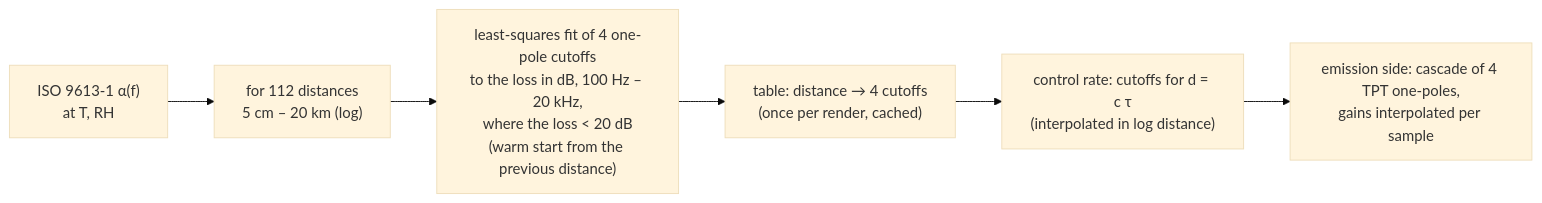
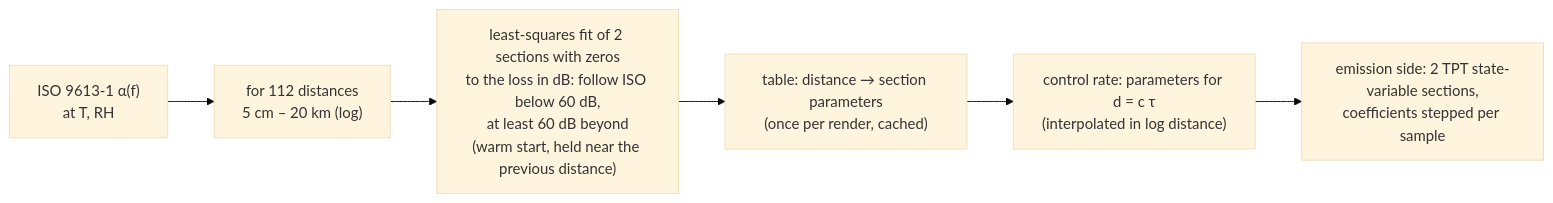
One commit to Agents-Robots/soundstage changed the diagram in research/models/air-absorption.md. Above: the diagram before and after it, drawn with Mermaid (base theme). The commit also changed other lines of this file and 39 other files, not shown here.

````diff
--- a/research/models/air-absorption.md
+++ b/research/models/air-absorption.md
@@ -28,8 +28,8 @@
 ```mermaid
 flowchart LR
     A["ISO 9613-1 α(f)<br/>at T, RH"] --> B["for 112 distances<br/>5 cm – 20 km (log)"]
-    B --> C["least-squares fit of 4 one-pole cutoffs<br/>to the loss in dB, 100 Hz – 20 kHz,<br/>where the loss < 20 dB<br/>(warm start from the previous distance)"]
-    C --> D["table: distance → 4 cutoffs<br/>(once per render, cached)"]
-    D --> E["control rate: cutoffs for d = c τ<br/>(interpolated in log distance)"]
-    E --> F["emission side: cascade of 4 TPT one-poles,<br/>gains interpolated per sample"]
+    B --> C["least-squares fit of 2 sections with zeros<br/>to the loss in dB: follow ISO below 60 dB,<br/>at least 60 dB beyond<br/>(warm start, held near the previous distance)"]
+    C --> D["table: distance → section parameters<br/>(once per render, cached)"]
+    D --> E["control rate: parameters for d = c τ<br/>(interpolated in log distance)"]
+    E --> F["emission side: 2 TPT state-variable sections,<br/>coefficients stepped per sample"]
 ```
````
